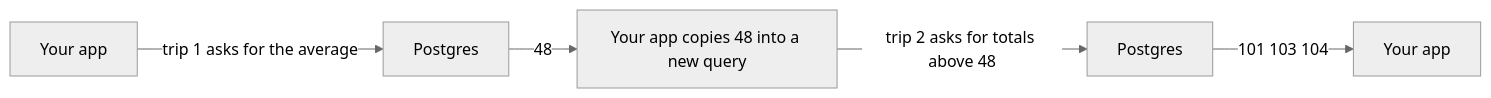
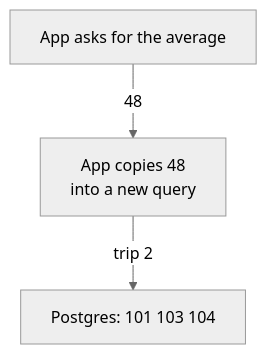
Before and after one commit to starjustice/research-material: the second of 6 diagrams in learn/database/04-subqueries-ctes-and-exists.md, drawn with Mermaid (neutral theme). The commit also changed other lines of this file, not shown here.

````diff
--- a/learn/database/04-subqueries-ctes-and-exists.md
+++ b/learn/database/04-subqueries-ctes-and-exists.md
@@ -60,7 +68,5 @@
 ```mermaid
-graph LR
-    APP["Your app"] -->|trip 1 asks for the average| PG1["Postgres"]
-    PG1 -->|48| COPY["Your app copies 48 into a new query"]
-    COPY -->|trip 2 asks for totals above 48| PG2["Postgres"]
-    PG2 -->|101 103 104| DONE["Your app"]
+graph TB
+    A["App asks for the average"] -->|48| B["App copies 48<br/>into a new query"]
+    B -->|trip 2| C["Postgres: 101 103 104"]
 ```
````
